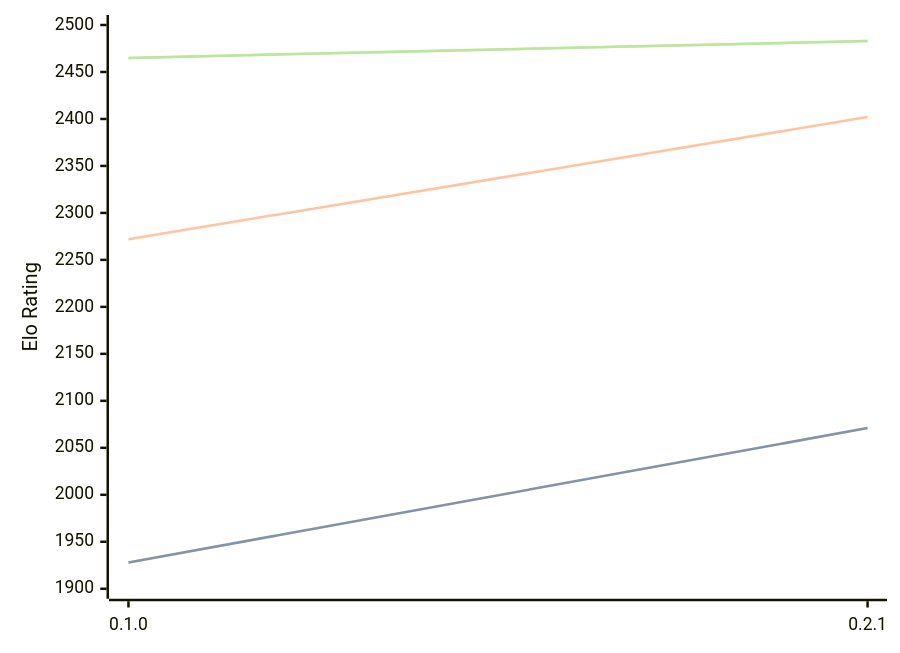
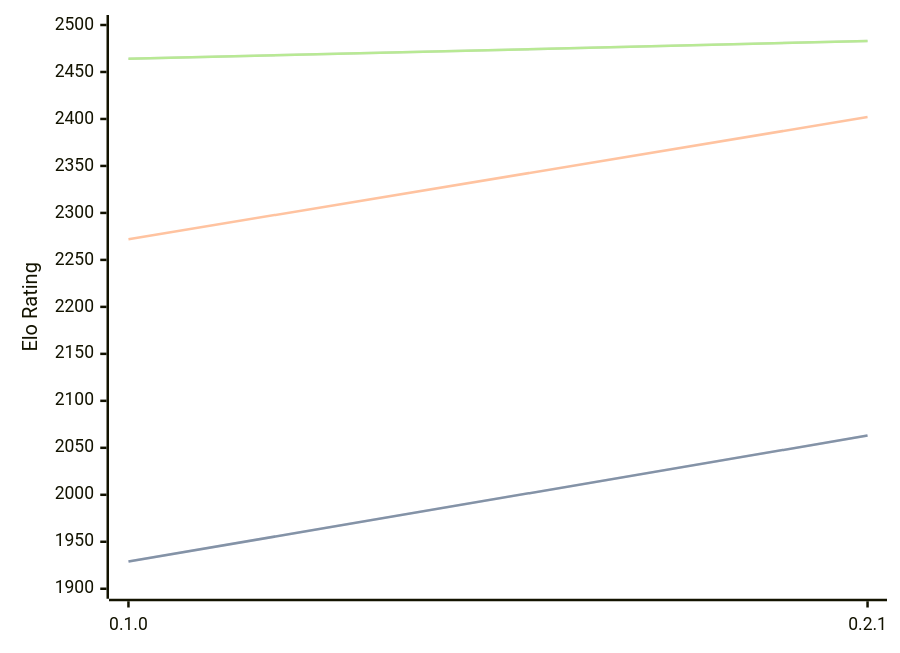
The diagram in engines/Sykora.md (computer-chess-index/cci), drawn with Mermaid before and after one commit. The commit also changed other lines of this file, not shown here.

Commit message:
Update CCI Ratings (ELO VLTC) - 2026-05-07

````diff
--- a/engines/Sykora.md
+++ b/engines/Sykora.md
@@ -33,11 +33,11 @@
 ```mermaid
 %%{init: {"theme":"base","themeVariables":{"seriesColors:['#a3a3a3','#222221','#faa371']}}}%%
 xychart-beta
   x-axis ["0.1.0", "0.2.1"]
   y-axis "Elo Rating" 1900 --> 2500
-  line "STC (8.0+0.08s)" [1928, 2071]
-  line "STC (8.0+0.08s)" [1928, 2071]
+  line "STC (8.0+0.08s)" [1929, 2063]
+  line "STC (8.0+0.08s)" [1929, 2063]
   line "LTC (60.0+0.60s)" [2272, 2402]
-  line "VLTC (2m24s+1.12s)" [2465, 2483]
-  line "VLTC (2m24s+1.12s)" [2465, 2483]
+  line "VLTC (2m24s+1.12s)" [2464, 2483]
+  line "VLTC (2m24s+1.12s)" [2464, 2483]
 ```
````
